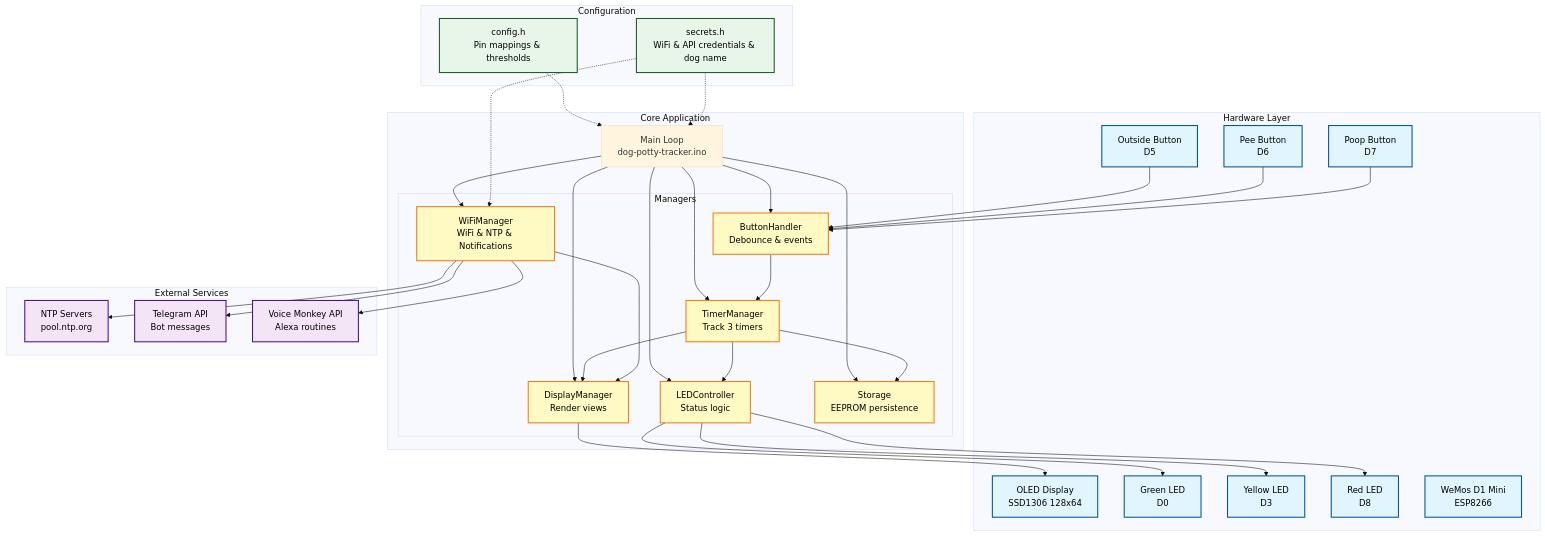
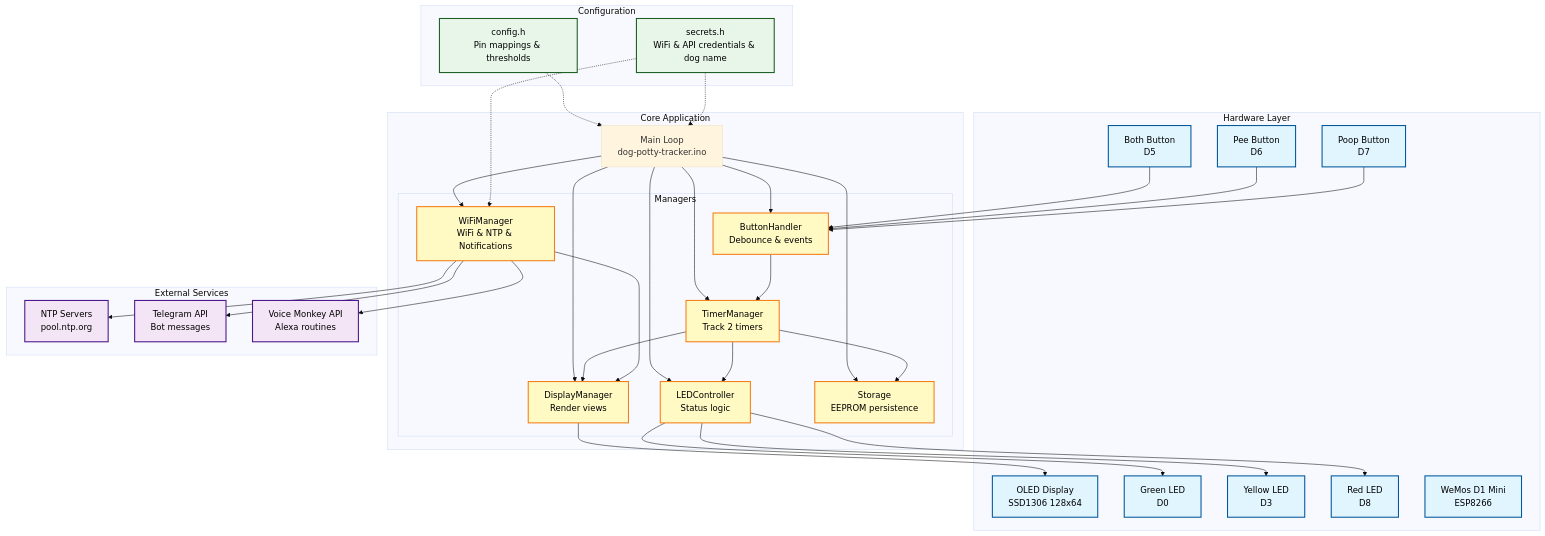
Before and after one commit to Govanator12/dog-potty-tracker: the diagram in README.md, drawn with Mermaid (base theme). The commit also changed other lines of this file and 11 other files, not shown here.

First line of the commit message:
Remove Outside timer - simplify to 2-timer system (Pee, Poop)

````diff
--- a/README.md
+++ b/README.md
@@ -22,80 +22,80 @@
 ```mermaid
 graph TB
     subgraph "Hardware Layer"
         OLED[OLED Display<br/>SSD1306 128x64]
-        BTN1[Outside Button<br/>D5]
+        BTN1[Both Button<br/>D5]
         BTN2[Pee Button<br/>D6]
         BTN3[Poop Button<br/>D7]
         LED1[Green LED<br/>D0]
         LED2[Yellow LED<br/>D3]
         LED3[Red LED<br/>D8]
         ESP[WeMos D1 Mini<br/>ESP8266]
     end
 
     subgraph "Core Application"
         MAIN[Main Loop<br/>dog-potty-tracker.ino]
 
         subgraph "Managers"
-            TIMER[TimerManager<br/>Track 3 timers]
+            TIMER[TimerManager<br/>Track 2 timers]
             DISPLAY[DisplayManager<br/>Render views]
             BUTTON[ButtonHandler<br/>Debounce & events]
             LEDCTL[LEDController<br/>Status logic]
             WIFI[WiFiManager<br/>WiFi & NTP & Notifications]
             STORAGE[Storage<br/>EEPROM persistence]
         end
     end
 
     subgraph "External Services"
         NTP[NTP Servers<br/>pool.ntp.org]
         TELEGRAM[Telegram API<br/>Bot messages]
         VOICEMONKEY[Voice Monkey API<br/>Alexa routines]
     end
 
     subgraph "Configuration"
         CONFIG[config.h<br/>Pin mappings & thresholds]
         SECRETS[secrets.h<br/>WiFi & API credentials & dog name]
     end
 
     %% Hardware connections
     BTN1 --> BUTTON
     BTN2 --> BUTTON
     BTN3 --> BUTTON
     LEDCTL --> LED1
     LEDCTL --> LED2
     LEDCTL --> LED3
     DISPLAY --> OLED
 
     %% Main loop connections
     MAIN --> TIMER
     MAIN --> DISPLAY
     MAIN --> BUTTON
     MAIN --> LEDCTL
     MAIN --> WIFI
     MAIN --> STORAGE
 
     %% Manager interactions
     BUTTON --> TIMER
     TIMER --> DISPLAY
     TIMER --> LEDCTL
     TIMER --> STORAGE
     WIFI --> DISPLAY
     WIFI --> NTP
     WIFI --> TELEGRAM
     WIFI --> VOICEMONKEY
 
     %% Configuration
     CONFIG -.-> MAIN
     SECRETS -.-> WIFI
     SECRETS -.-> MAIN
 
     %% Styling
     classDef hardware fill:#e1f5ff,stroke:#01579b,stroke-width:2px,color:#000
     classDef manager fill:#fff9c4,stroke:#f57f17,stroke-width:2px,color:#000
     classDef external fill:#f3e5f5,stroke:#4a148c,stroke-width:2px,color:#000
     classDef config fill:#e8f5e9,stroke:#1b5e20,stroke-width:2px,color:#000
 
     class OLED,BTN1,BTN2,BTN3,LED1,LED2,LED3,ESP hardware
     class TIMER,DISPLAY,BUTTON,LEDCTL,WIFI,STORAGE manager
     class NTP,TELEGRAM,VOICEMONKEY external
     class CONFIG,SECRETS config
 ```
````
